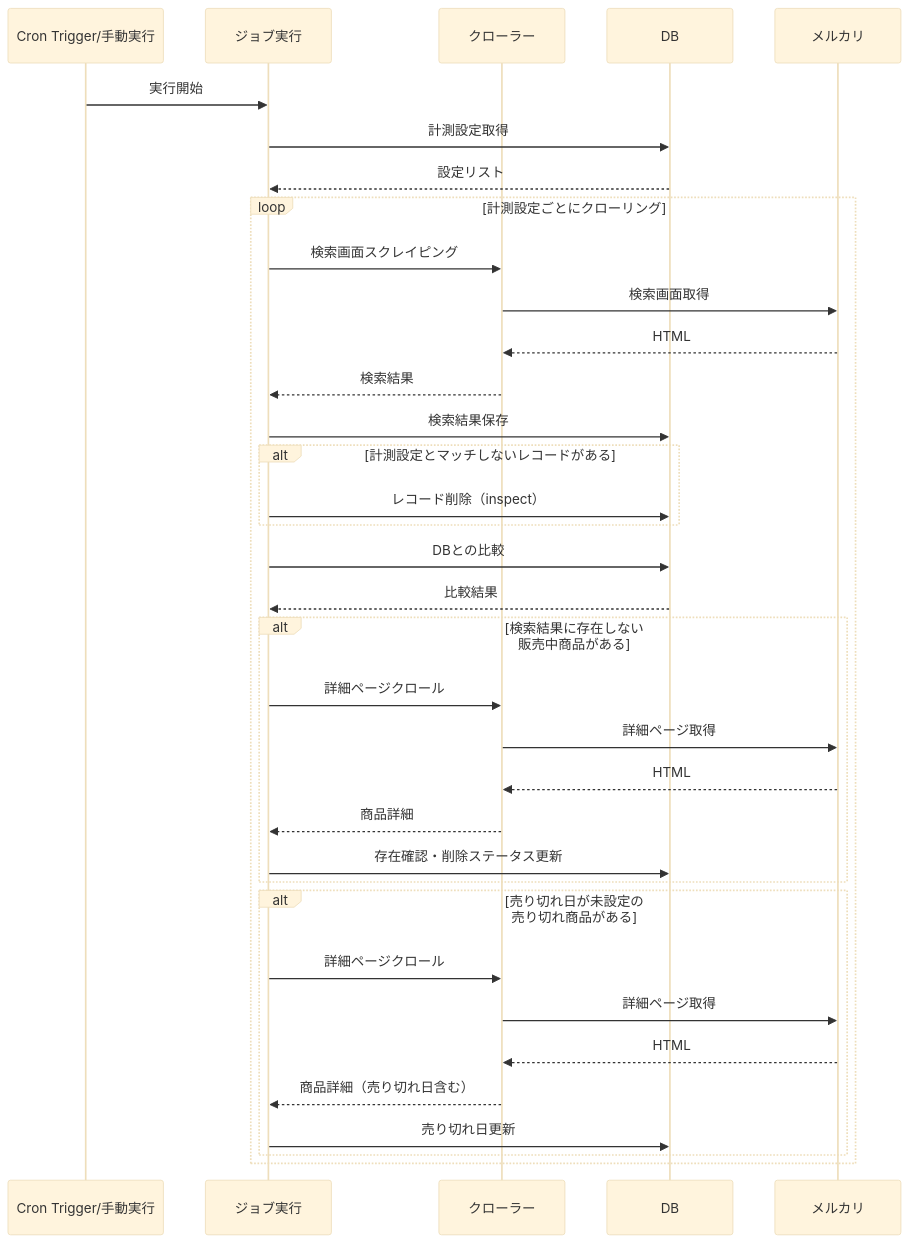
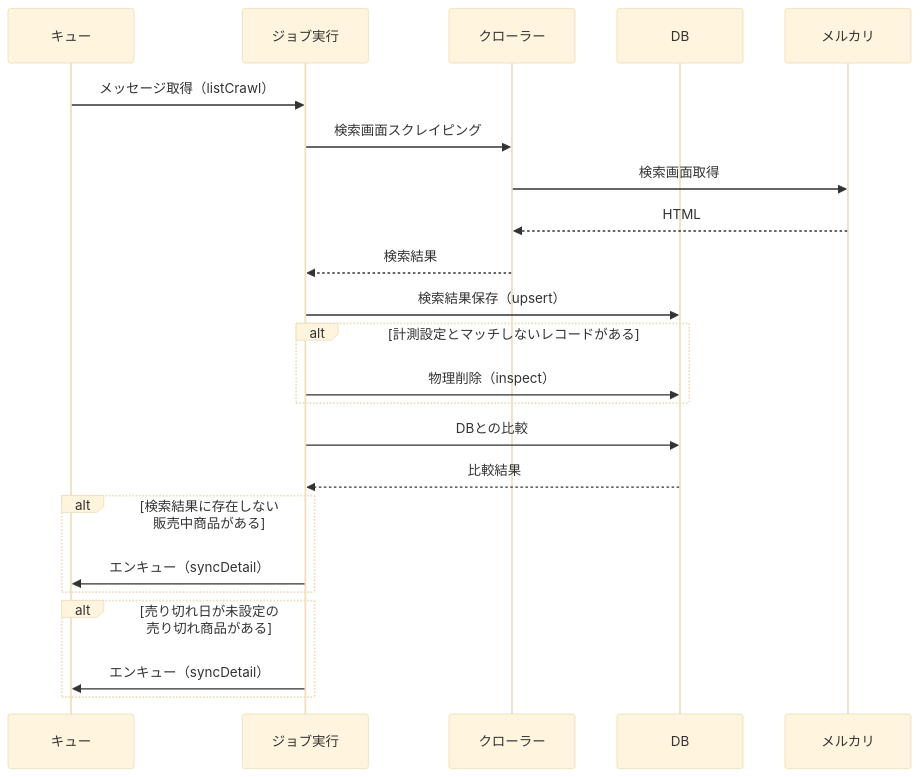
Before and after one commit to kuroweb/crawlflare: the third of 4 diagrams in docs/plan/REQ-0001_scraping-implementation/detailed-design.md, drawn with Mermaid (base theme). The commit also changed other lines of this file and 1 other file, not shown here.

````diff
--- a/docs/plan/REQ-0001_scraping-implementation/detailed-design.md
+++ b/docs/plan/REQ-0001_scraping-implementation/detailed-design.md
@@ -104,38 +152,26 @@
 ```mermaid
 sequenceDiagram
-  participant Trigger as Cron Trigger/手動実行
+  participant Queue as キュー
   participant Job as ジョブ実行
   participant Crawler as クローラー
   participant DB as DB
   participant Mercari as メルカリ
 
-  Trigger->>Job: 実行開始
-  Job->>DB: 計測設定取得
-  DB-->>Job: 設定リスト
-  loop 計測設定ごとにクローリング
-    Job->>Crawler: 検索画面スクレイピング
-    Crawler->>Mercari: 検索画面取得
-    Mercari-->>Crawler: HTML
-    Crawler-->>Job: 検索結果
-    Job->>DB: 検索結果保存
-    alt 計測設定とマッチしないレコードがある
-      Job->>DB: レコード削除（inspect）
-    end
-    Job->>DB: DBとの比較
-    DB-->>Job: 比較結果
+  Queue->>Job: メッセージ取得（listCrawl）
+  Job->>Crawler: 検索画面スクレイピング
+  Crawler->>Mercari: 検索画面取得
+  Mercari-->>Crawler: HTML
+  Crawler-->>Job: 検索結果
+  Job->>DB: 検索結果保存（upsert）
+  alt 計測設定とマッチしないレコードがある
+    Job->>DB: 物理削除（inspect）
+  end
+  Job->>DB: DBとの比較
+  DB-->>Job: 比較結果
     alt 検索結果に存在しない<br>販売中商品がある
-      Job->>Crawler: 詳細ページクロール
-      Crawler->>Mercari: 詳細ページ取得
-      Mercari-->>Crawler: HTML
-      Crawler-->>Job: 商品詳細
-      Job->>DB: 存在確認・削除ステータス更新
+      Job->>Queue: エンキュー（syncDetail）
     end
     alt 売り切れ日が未設定の<br>売り切れ商品がある
-      Job->>Crawler: 詳細ページクロール
-      Crawler->>Mercari: 詳細ページ取得
-      Mercari-->>Crawler: HTML
-      Crawler-->>Job: 商品詳細（売り切れ日含む）
-      Job->>DB: 売り切れ日更新
+      Job->>Queue: エンキュー（syncDetail）
     end
-  end
 ```
````
